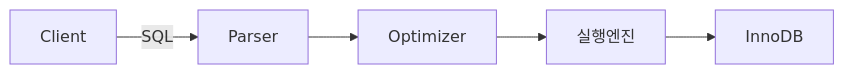
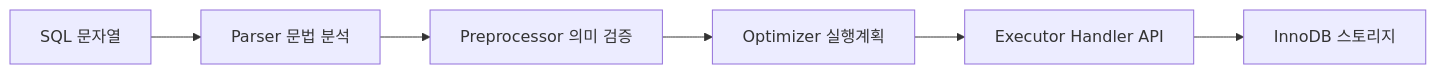
One commit to yjkim2015/yjkim2015.github.io changed the sixth of 11 diagrams in _posts/db/2026-05-01-db-internals.md. Above: the diagram before and after it, drawn with Mermaid. The commit also changed other lines of this file and 4 other files, not shown here.

````diff
--- a/_posts/db/2026-05-01-db-internals.md
+++ b/_posts/db/2026-05-01-db-internals.md
@@ -18,7 +624,8 @@
 ```mermaid
 graph LR
-    Client -->|SQL| Parser
-    Parser --> Optimizer
-    Optimizer --> EE["실행엔진"]
-    EE --> SE["InnoDB"]
+    SQL["SQL 문자열"] --> PARSE["Parser 문법 분석"]
+    PARSE --> PRE["Preprocessor 의미 검증"]
+    PRE --> OPT["Optimizer 실행계획"]
+    OPT --> EXE["Executor Handler API"]
+    EXE --> InnoDB["InnoDB 스토리지"]
 ```
````
